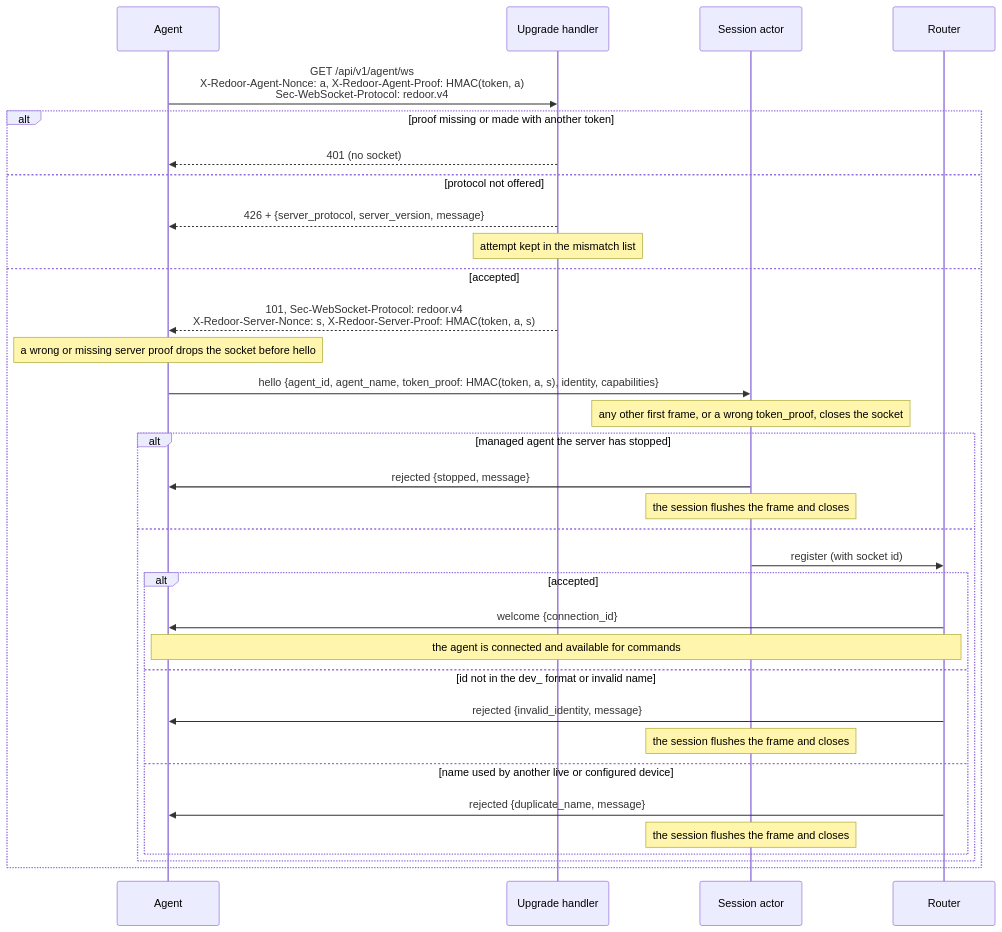
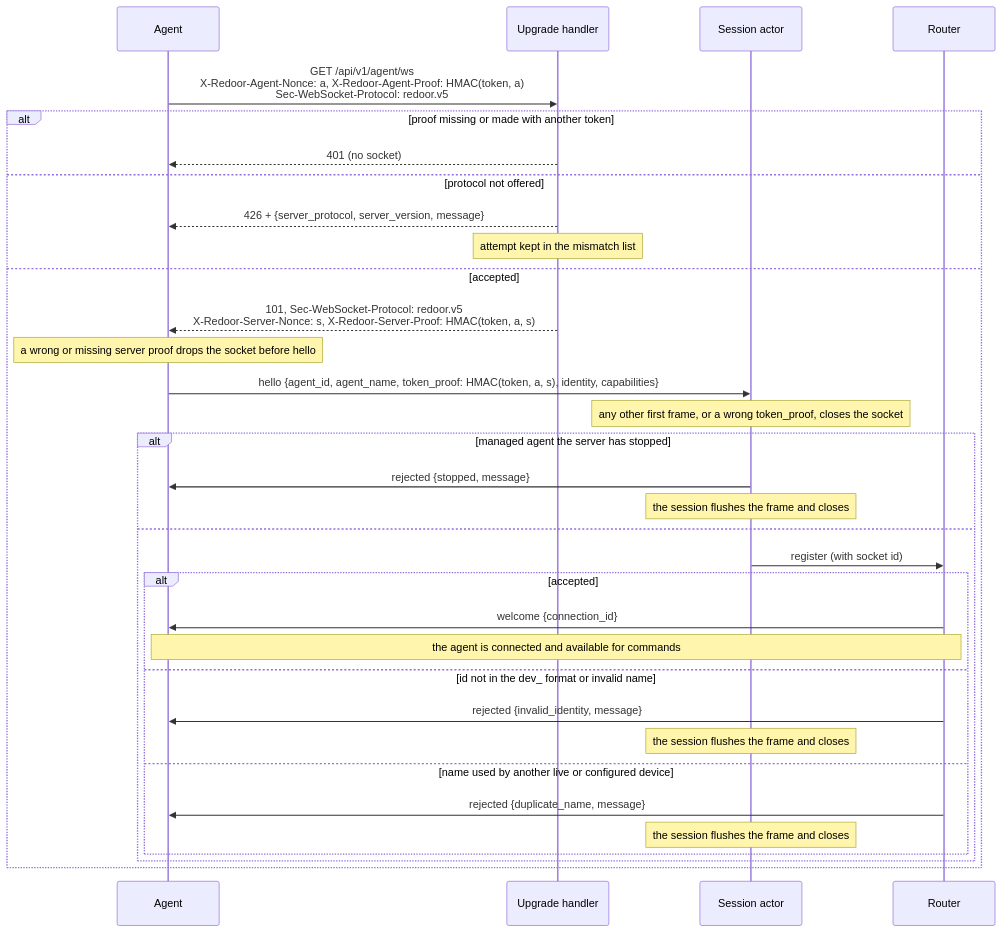
Before and after one commit to esamattis/redoor: the fourth of 11 diagrams in ARCHITECTURE.md, drawn with Mermaid. The commit also changed other lines of this file and 47 other files, not shown here.

First line of the commit message:
BREAKING: Keep terminal shells in the agent so they survive server restarts

````diff
--- a/ARCHITECTURE.md
+++ b/ARCHITECTURE.md
@@ -563,36 +573,36 @@
 ```mermaid
 sequenceDiagram
     participant A as Agent
     participant H as Upgrade handler
     participant S as Session actor
     participant R as Router
 
-    A->>H: GET /api/v1/agent/ws<br/>X-Redoor-Agent-Nonce: a, X-Redoor-Agent-Proof: HMAC(token, a)<br/>Sec-WebSocket-Protocol: redoor.v4
+    A->>H: GET /api/v1/agent/ws<br/>X-Redoor-Agent-Nonce: a, X-Redoor-Agent-Proof: HMAC(token, a)<br/>Sec-WebSocket-Protocol: redoor.v5
     alt proof missing or made with another token
         H-->>A: 401 (no socket)
     else protocol not offered
         H-->>A: 426 + {server_protocol, server_version, message}
         Note over H: attempt kept in the mismatch list
     else accepted
-        H-->>A: 101, Sec-WebSocket-Protocol: redoor.v4<br/>X-Redoor-Server-Nonce: s, X-Redoor-Server-Proof: HMAC(token, a, s)
+        H-->>A: 101, Sec-WebSocket-Protocol: redoor.v5<br/>X-Redoor-Server-Nonce: s, X-Redoor-Server-Proof: HMAC(token, a, s)
         Note over A: a wrong or missing server proof drops the socket before hello
         A->>S: hello {agent_id, agent_name, token_proof: HMAC(token, a, s), identity, capabilities}
         Note over S: any other first frame, or a wrong token_proof, closes the socket
         alt managed agent the server has stopped
             S->>A: rejected {stopped, message}
             Note over S: the session flushes the frame and closes
         else
             S->>R: register (with socket id)
             alt accepted
                 R->>A: welcome {connection_id}
                 Note over A,R: the agent is connected and available for commands
             else id not in the dev_ format or invalid name
                 R->>A: rejected {invalid_identity, message}
                 Note over S: the session flushes the frame and closes
             else name used by another live or configured device
                 R->>A: rejected {duplicate_name, message}
                 Note over S: the session flushes the frame and closes
             end
         end
     end
 ```
````
